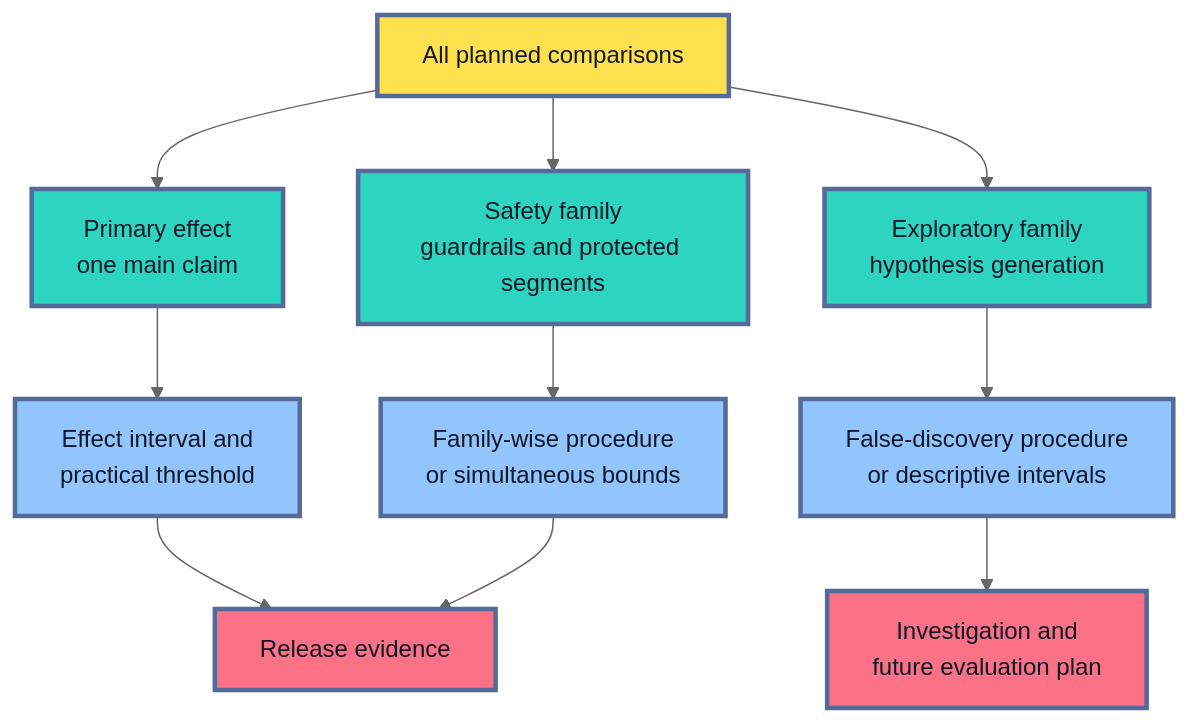
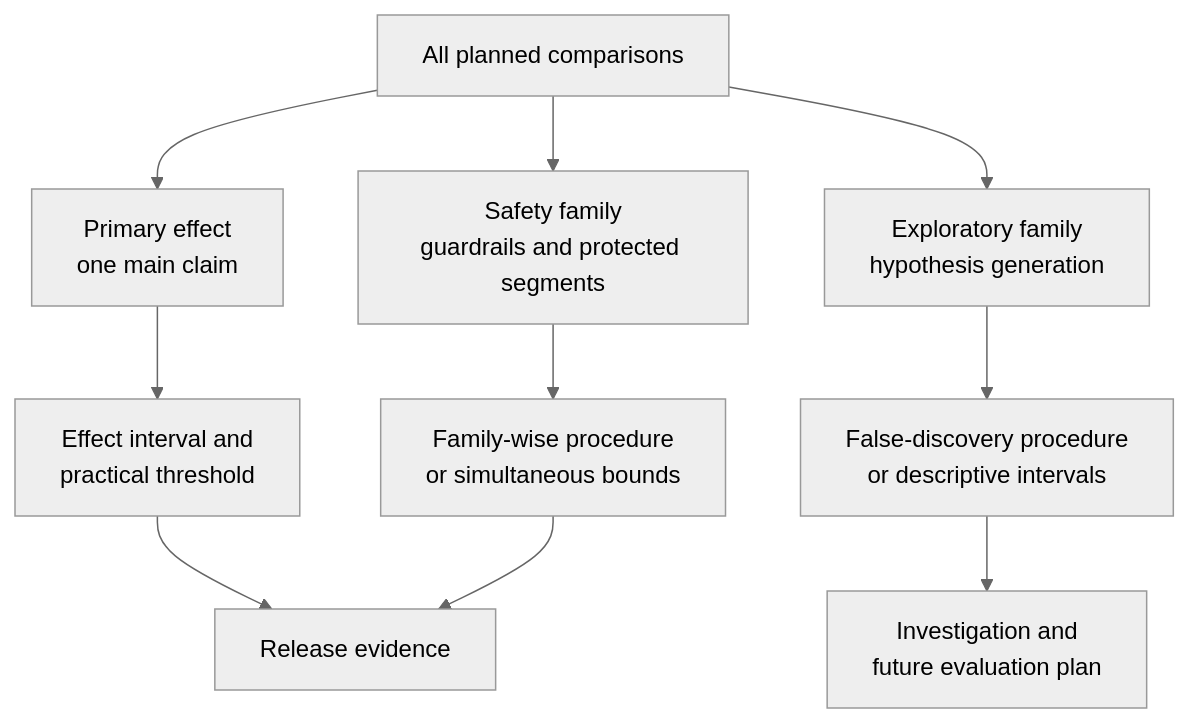
One commit to senlinyy/dev-roadmaps changed the ninth of 10 diagrams in roadmaps/mlops/modules/model-evaluation/offline-evaluation/05-statistical-uncertainty-and-paired-comparisons.md. Above: the diagram before and after it, drawn with Mermaid (neutral theme). The commit also changed other lines of this file and 152 other files, not shown here.

Commit message:
feat: mlops and diagrams updated

````diff
--- a/roadmaps/mlops/modules/model-evaluation/offline-evaluation/05-statistical-uncertainty-and-paired-comparisons.md
+++ b/roadmaps/mlops/modules/model-evaluation/offline-evaluation/05-statistical-uncertainty-and-paired-comparisons.md
@@ -675,21 +642,17 @@
 ```mermaid
 flowchart TD
     A["All planned comparisons"] --> B["Primary effect<br/>one main claim"]
     A --> C["Safety family<br/>guardrails and protected segments"]
     A --> D["Exploratory family<br/>hypothesis generation"]
     B --> E["Effect interval and<br/>practical threshold"]
     C --> F["Family-wise procedure<br/>or simultaneous bounds"]
     D --> G["False-discovery procedure<br/>or descriptive intervals"]
     E --> H["Release evidence"]
     F --> H
     G --> I["Investigation and<br/>future evaluation plan"]
 
-    classDef family fill:#FFE04F,stroke:#536A9A,stroke-width:3px,color:#111827
-    classDef group fill:#2DD4BF,stroke:#536A9A,stroke-width:3px,color:#0F172A
-    classDef method fill:#93C5FD,stroke:#536A9A,stroke-width:3px,color:#0F172A
-    classDef result fill:#FB7185,stroke:#536A9A,stroke-width:3px,color:#111827
     class A family
     class B,C,D group
     class E,F,G method
     class H,I result
 ```
````
